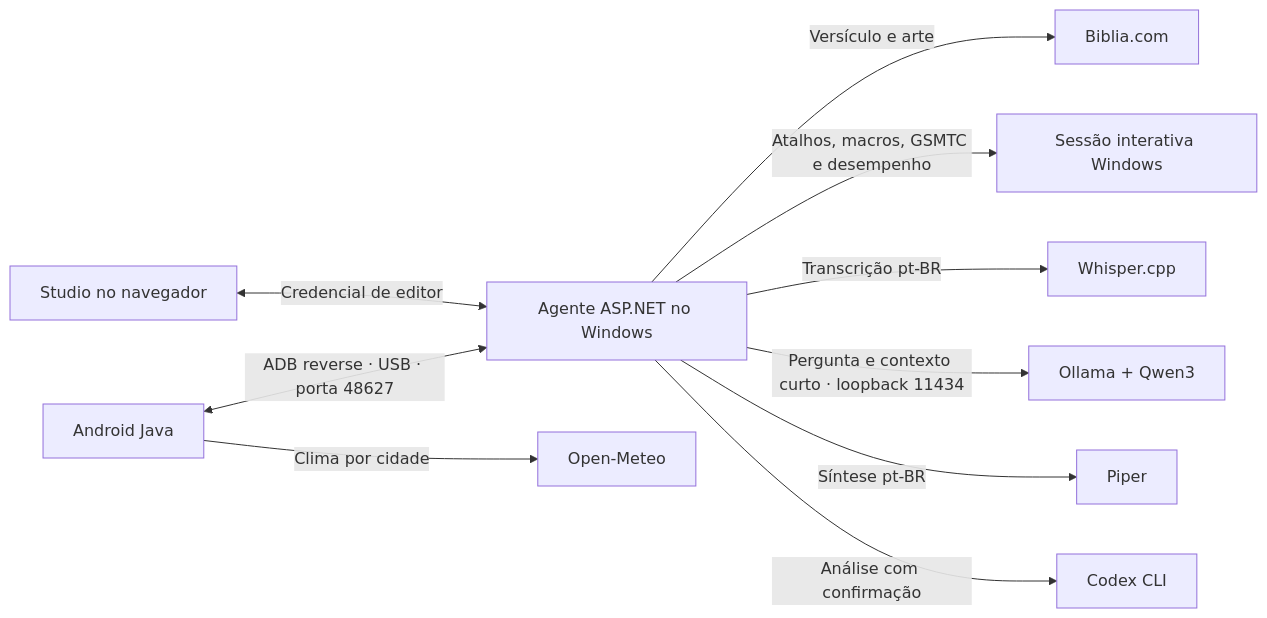
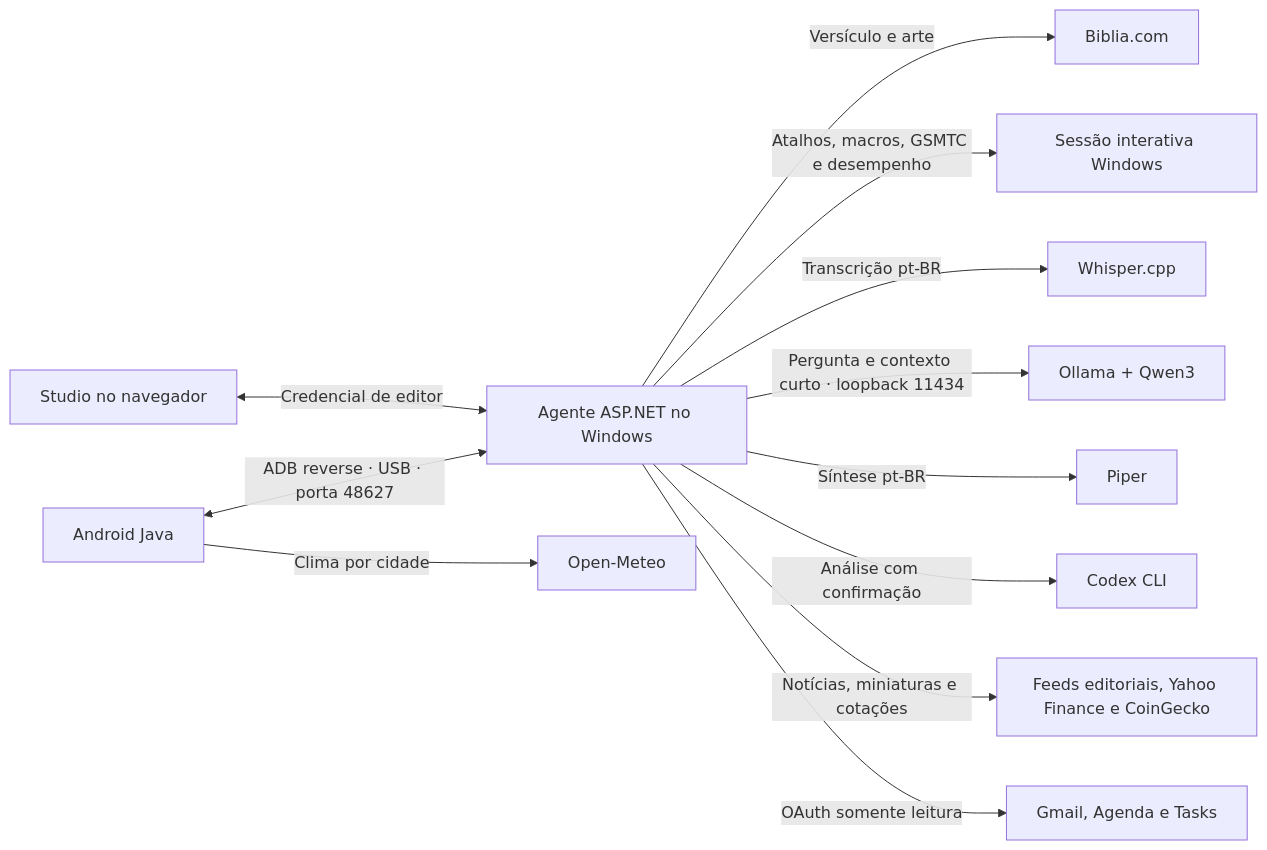
Before and after one commit to rianrcbarros-dotcom/RianDeckOS: the diagram in docs/ARQUITETURA.md, drawn with Mermaid. The commit also changed other lines of this file and 9 other files, not shown here.

```diff
--- a/docs/ARQUITETURA.md
+++ b/docs/ARQUITETURA.md
@@ -3,12 +3,14 @@
 ~~~mermaid
 flowchart LR
   And["Android Java"] <-->|"ADB reverse · USB · porta 48627"| Agent["Agente ASP.NET no Windows"]
   And -->|"Clima por cidade"| Met["Open-Meteo"]
   Agent -->|"Versículo e arte"| Bible["Biblia.com"]
   Agent -->|"Atalhos, macros, GSMTC e desempenho"| Win["Sessão interativa Windows"]
   Agent -->|"Transcrição pt-BR"| Whisper["Whisper.cpp"]
   Agent -->|"Pergunta e contexto curto · loopback 11434"| Ollama["Ollama + Qwen3"]
   Agent -->|"Síntese pt-BR"| Piper["Piper"]
   Agent -->|"Análise com confirmação"| Codex["Codex CLI"]
+  Agent -->|"Notícias, miniaturas e cotações"| Trends["Feeds editoriais, Yahoo Finance e CoinGecko"]
+  Agent -->|"OAuth somente leitura"| Google["Gmail, Agenda e Tasks"]
   Editor["Studio no navegador"] <-->|"Credencial de editor"| Agent
 ~~~
```
